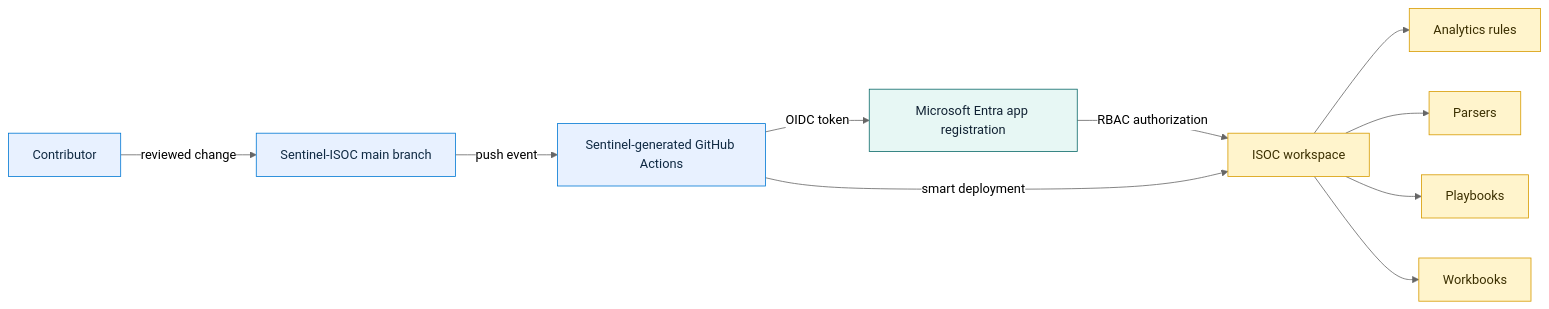
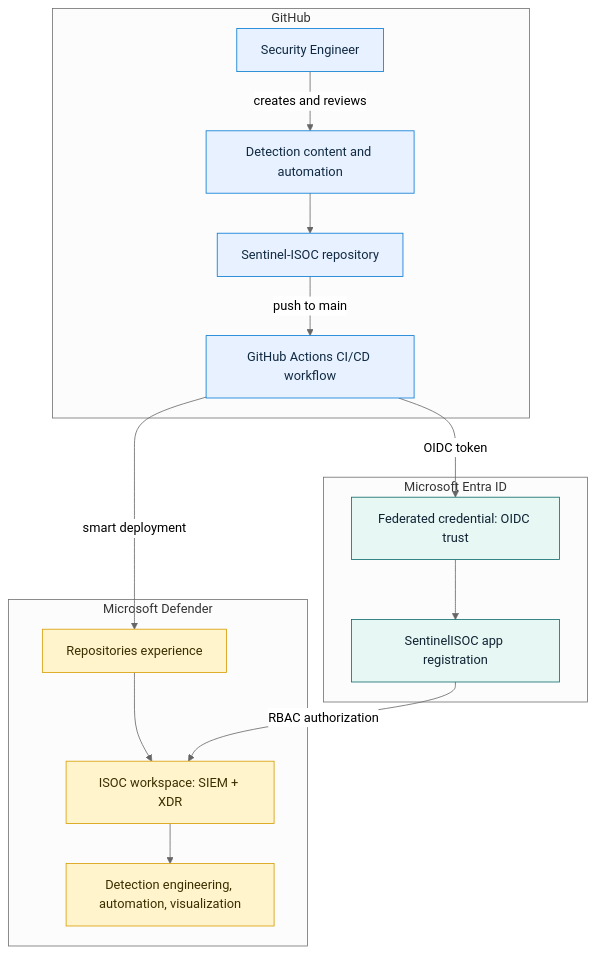
The first of 2 diagrams in README.md (urosbabic/Sentinel-ISOC), drawn with Mermaid (neutral theme) before and after one commit.

Commit message:
Improve deployment flow diagram layout

````diff
--- a/README.md
+++ b/README.md
@@ -24,19 +24,28 @@
 ```mermaid
-flowchart LR
-    Contributor[Contributor] -->|reviewed change| Repo[Sentinel-ISOC main branch]
-    Repo -->|push event| Actions[Sentinel-generated GitHub Actions]
-    Actions -->|OIDC token| Entra[Microsoft Entra app registration]
-    Entra -->|RBAC authorization| Workspace[ISOC workspace]
-    Actions -->|smart deployment| Workspace
-    Workspace --> Analytics[Analytics rules]
-    Workspace --> Parsers[Parsers]
-    Workspace --> Playbooks[Playbooks]
-    Workspace --> Workbooks[Workbooks]
+flowchart TB
+    subgraph GitHub["GitHub"]
+        Engineer[Security Engineer] -->|creates and reviews| Content[Detection content and automation]
+        Content --> Repo[Sentinel-ISOC repository]
+        Repo -->|push to main| Actions[GitHub Actions CI/CD workflow]
+    end
+
+    subgraph Entra["Microsoft Entra ID"]
+        FIC[Federated credential: OIDC trust] --> App[SentinelISOC app registration]
+    end
+
+    subgraph Defender["Microsoft Defender"]
+        Repositories[Repositories experience] --> Workspace[ISOC workspace: SIEM + XDR]
+        Workspace --> Operations[Detection engineering, automation, visualization]
+    end
+
+    Actions -->|OIDC token| FIC
+    Actions -->|smart deployment| Repositories
+    App -->|RBAC authorization| Workspace
 
     classDef source fill:#e8f1ff,stroke:#0078d4,color:#102a43;
     classDef identity fill:#e7f7f4,stroke:#0b6a6a,color:#123;
-    classDef target fill:#fff4cc,stroke:#d79b00,color:#3b2f00;
-    class Contributor,Repo,Actions source;
-    class Entra identity;
-    class Workspace,Analytics,Parsers,Playbooks,Workbooks target;
+    classDef defender fill:#fff4cc,stroke:#d79b00,color:#3b2f00;
+    class Engineer,Content,Repo,Actions source;
+    class FIC,App identity;
+    class Repositories,Workspace,Operations defender;
 ```
````
